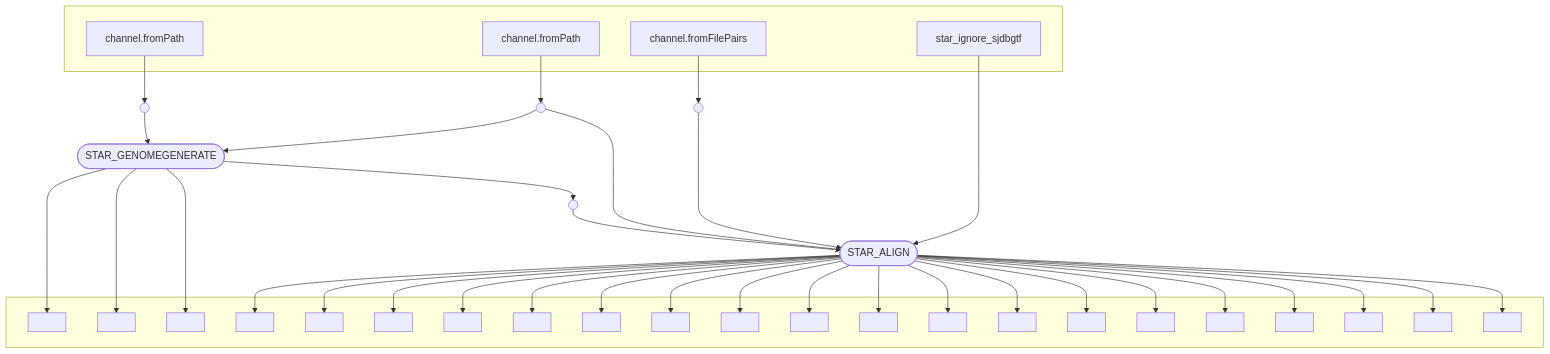
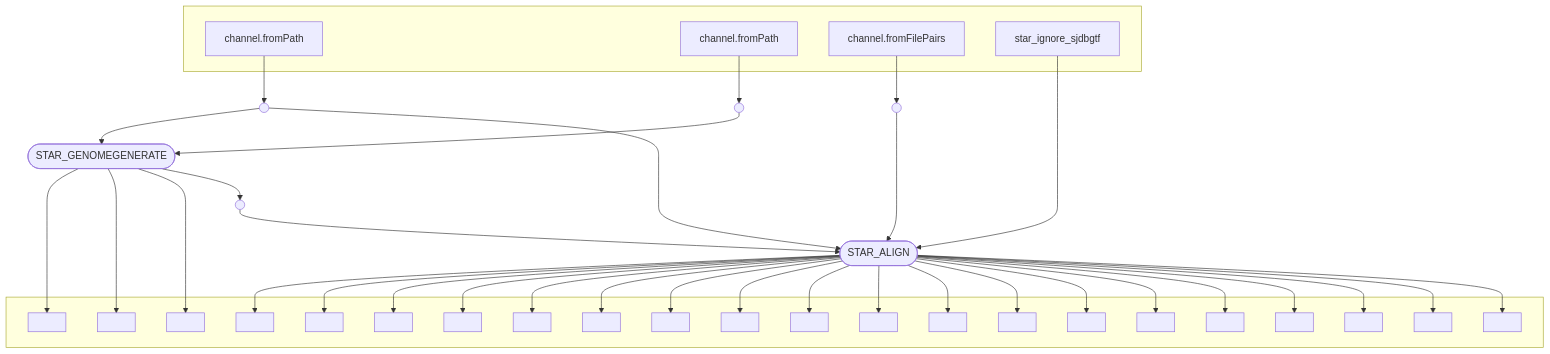
Before and after one commit to dxsbiocc/phi: the diagram in resources/wrappers/modules/nf-core/star/align/wrapper/dag.mmd, drawn with Mermaid. The commit also changed 34 other files, not shown here.

```diff
--- a/resources/wrappers/modules/nf-core/star/align/wrapper/dag.mmd
+++ b/resources/wrappers/modules/nf-core/star/align/wrapper/dag.mmd
@@ -1,69 +1,69 @@
 flowchart TB
     subgraph " "
     v0["channel.fromPath"]
     v2["channel.fromPath"]
-    v8["channel.fromFilePairs"]
+    v9["channel.fromFilePairs"]
     v12["star_ignore_sjdbgtf"]
     end
     v4(["STAR_GENOMEGENERATE"])
     subgraph " "
     v5[" "]
     v6[" "]
     v7[" "]
     v14[" "]
     v15[" "]
     v16[" "]
     v17[" "]
     v18[" "]
     v19[" "]
     v20[" "]
     v21[" "]
     v22[" "]
     v23[" "]
     v24[" "]
     v25[" "]
     v26[" "]
     v27[" "]
     v28[" "]
     v29[" "]
     v30[" "]
     v31[" "]
     v32[" "]
     end
     v13(["STAR_ALIGN"])
     v1(( ))
     v3(( ))
-    v9(( ))
+    v8(( ))
     v10(( ))
     v0 --> v1
     v2 --> v3
     v1 --> v4
     v3 --> v4
     v4 --> v7
     v4 --> v6
     v4 --> v5
-    v4 --> v10
-    v8 --> v9
+    v4 --> v8
+    v9 --> v10
     v12 --> v13
-    v3 --> v13
-    v9 --> v13
+    v1 --> v13
+    v8 --> v13
     v10 --> v13
     v13 --> v32
     v13 --> v31
     v13 --> v30
     v13 --> v29
     v13 --> v28
     v13 --> v27
     v13 --> v26
     v13 --> v25
     v13 --> v24
     v13 --> v23
     v13 --> v22
     v13 --> v21
     v13 --> v20
     v13 --> v19
     v13 --> v18
     v13 --> v17
     v13 --> v16
     v13 --> v15
     v13 --> v14
```
